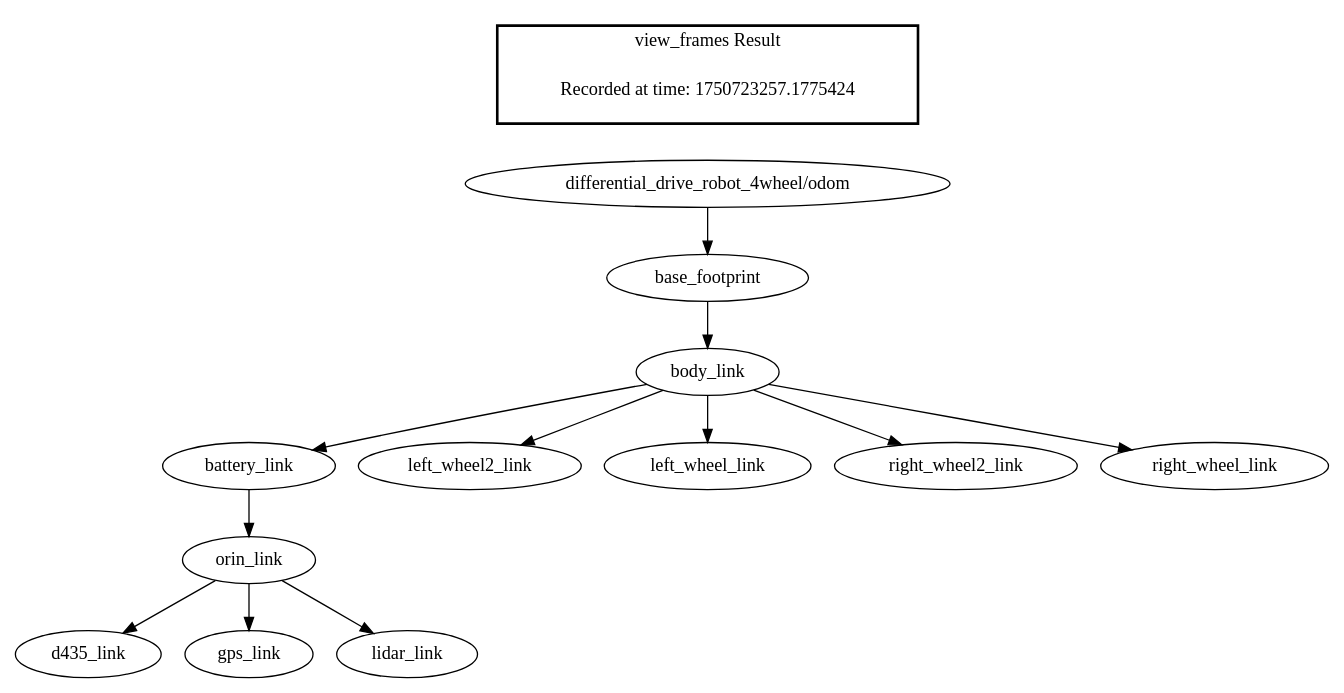
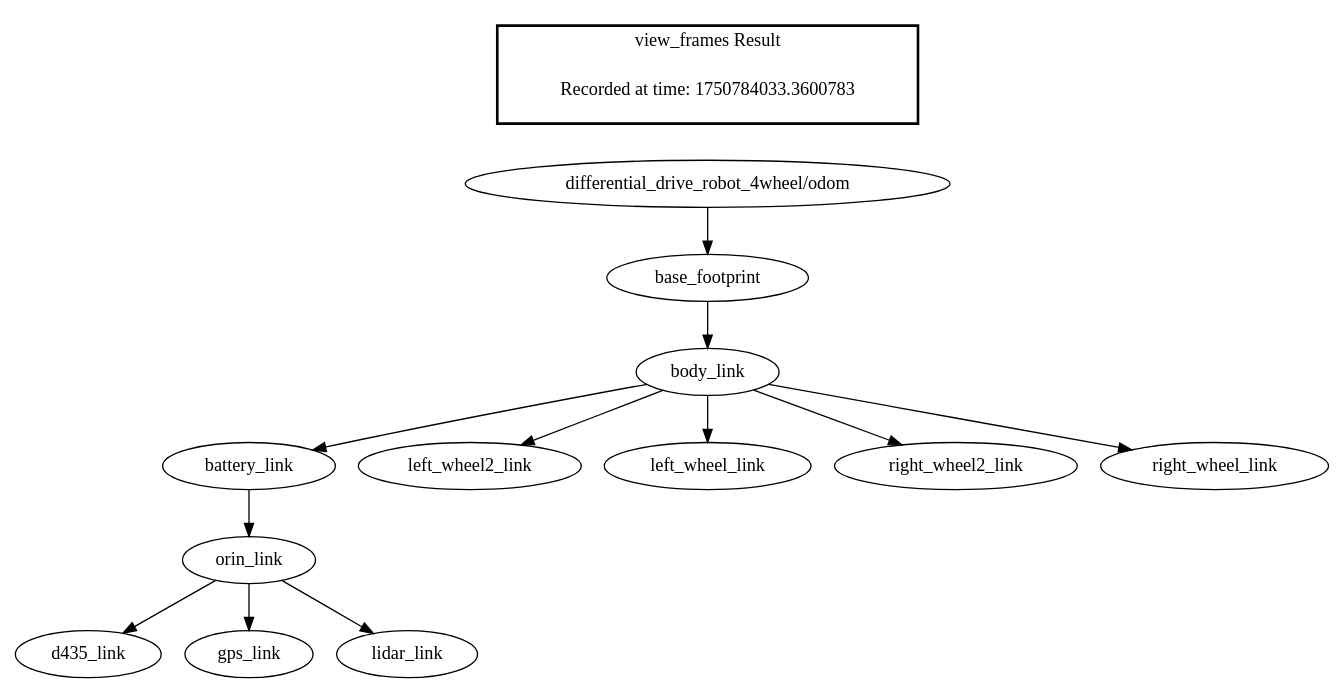
The diagram in sim_check/gazebo/frames_gazebo_clean.gv (StuartGJohnson/differential_drive_test), drawn with Graphviz before and after one commit. The commit also changed 88 other files, not shown here.

```diff
--- a/sim_check/gazebo/frames_gazebo_clean.gv
+++ b/sim_check/gazebo/frames_gazebo_clean.gv
@@ -1,17 +1,17 @@
 digraph G {
 "differential_drive_robot_4wheel/odom" -> "base_footprint";
 "base_footprint" -> "body_link";
 "body_link" -> "battery_link";
 "orin_link" -> "d435_link";
 "battery_link" -> "orin_link";
 "orin_link" -> "gps_link";
 "orin_link" -> "lidar_link";
 "body_link" -> "left_wheel2_link";
 "body_link" -> "left_wheel_link";
 "body_link" -> "right_wheel2_link";
 "body_link" -> "right_wheel_link";
 edge [style=invis];
  subgraph cluster_legend { style=bold; color=black; label ="view_frames Result";
-"Recorded at time: 1750723257.1775424"[ shape=plaintext ] ;
+"Recorded at time: 1750784033.3600783"[ shape=plaintext ] ;
 }->"differential_drive_robot_4wheel/odom";
 }
```
